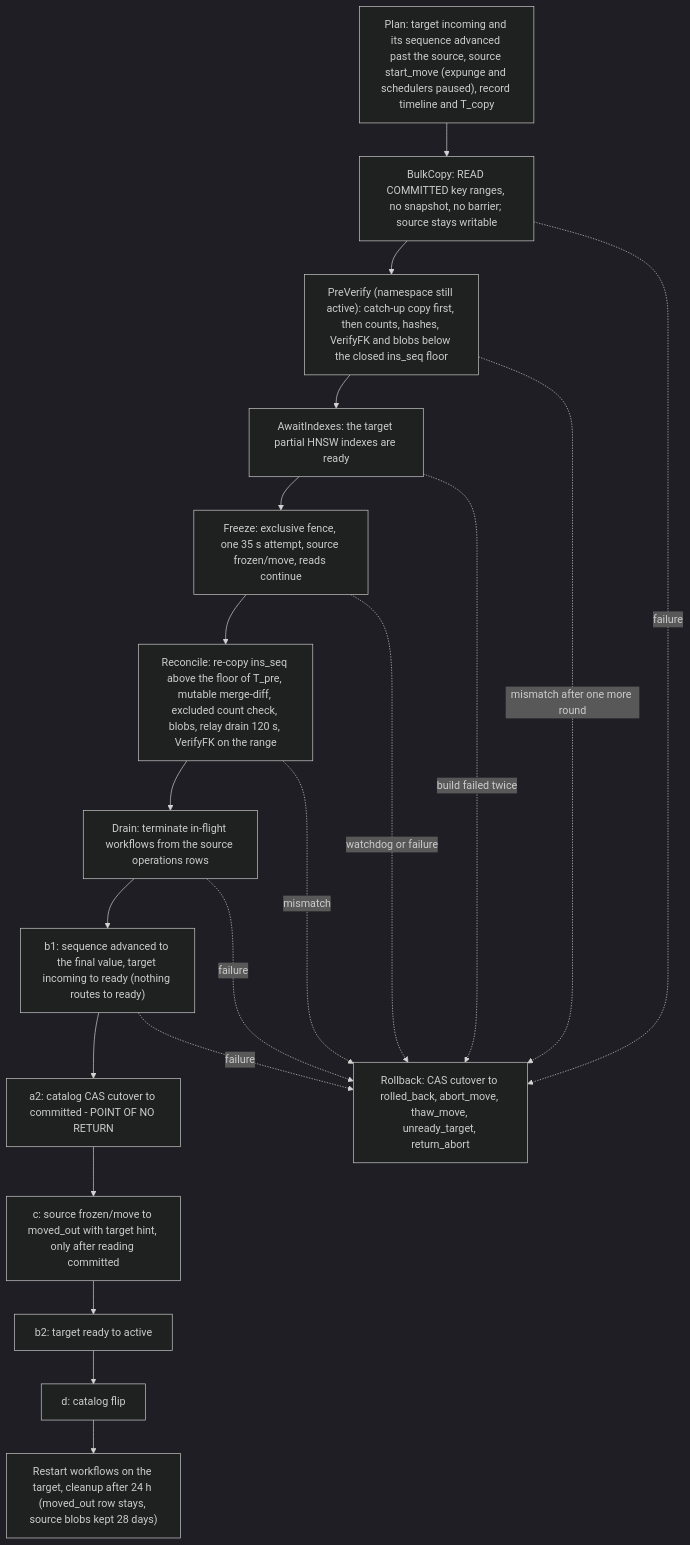
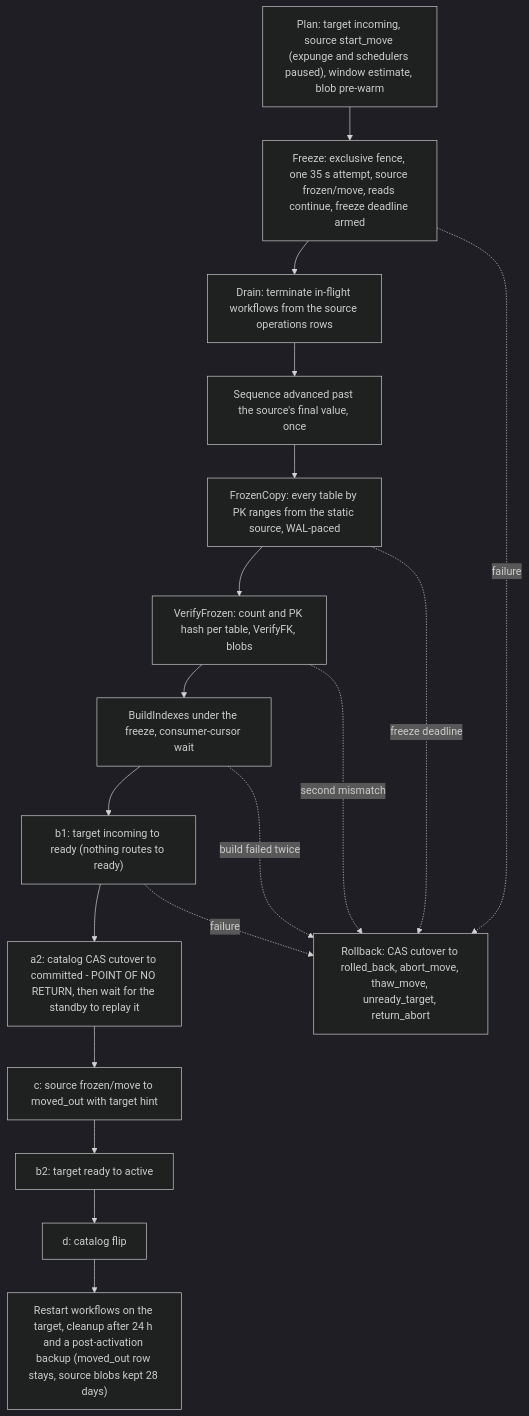
The sixth of 6 diagrams in plans/engram/sections/01-architecture.md (gstamatakis95/agent-memory-benchmark), drawn with Mermaid (dark theme) before and after one commit. The commit also changed other lines of this file and 17 other files, not shown here.

First line of the commit message:
WIP: D25 tests/ops/roadmap applied; register phase totals corrected

````diff
--- a/plans/engram/sections/01-architecture.md
+++ b/plans/engram/sections/01-architecture.md
@@ -590,25 +589,23 @@
 ```mermaid
 flowchart TB
-  P["Plan: target incoming and its sequence advanced past the source, source start_move (expunge and schedulers paused), record timeline and T_copy"]
-  B["BulkCopy: READ COMMITTED key ranges, no snapshot, no barrier; source stays writable"]
-  V["PreVerify (namespace still active): catch-up copy first, then counts, hashes, VerifyFK and blobs below the closed ins_seq floor"]
-  IX["AwaitIndexes: the target partial HNSW indexes are ready"]
-  F["Freeze: exclusive fence, one 35 s attempt, source frozen/move, reads continue"]
-  R["Reconcile: re-copy ins_seq above the floor of T_pre, mutable merge-diff, excluded count check, blobs, relay drain 120 s, VerifyFK on the range"]
+  P["Plan: target incoming, source start_move (expunge and schedulers paused), window estimate, blob pre-warm"]
+  F["Freeze: exclusive fence, one 35 s attempt, source frozen/move, reads continue, freeze deadline armed"]
   D["Drain: terminate in-flight workflows from the source operations rows"]
-  B1["b1: sequence advanced to the final value, target incoming to ready (nothing routes to ready)"]
-  A2["a2: catalog CAS cutover to committed - POINT OF NO RETURN"]
-  C["c: source frozen/move to moved_out with target hint, only after reading committed"]
+  S["Sequence advanced past the source's final value, once"]
+  C["FrozenCopy: every table by PK ranges from the static source, WAL-paced"]
+  V["VerifyFrozen: count and PK hash per table, VerifyFK, blobs"]
+  IX["BuildIndexes under the freeze, consumer-cursor wait"]
+  B1["b1: target incoming to ready (nothing routes to ready)"]
+  A2["a2: catalog CAS cutover to committed - POINT OF NO RETURN, then wait for the standby to replay it"]
+  CS["c: source frozen/move to moved_out with target hint"]
   B2["b2: target ready to active"]
   CD["d: catalog flip"]
-  RS["Restart workflows on the target, cleanup after 24 h (moved_out row stays, source blobs kept 28 days)"]
+  RS["Restart workflows on the target, cleanup after 24 h and a post-activation backup (moved_out row stays, source blobs kept 28 days)"]
   RB["Rollback: CAS cutover to rolled_back, abort_move, thaw_move, unready_target, return_abort"]
-  P --> B --> V --> IX --> F --> R --> D --> B1 --> A2 --> C --> B2 --> CD --> RS
-  B -.->|"failure"| RB
-    V -.->|"mismatch after one more round"| RB
+  P --> F --> D --> S --> C --> V --> IX --> B1 --> A2 --> CS --> B2 --> CD --> RS
+  F -.->|"failure"| RB
+  C -.->|"freeze deadline"| RB
+  V -.->|"second mismatch"| RB
   IX -.->|"build failed twice"| RB
-  F -.->|"watchdog or failure"| RB
-  R -.->|"mismatch"| RB
-  D -.->|"failure"| RB
   B1 -.->|"failure"| RB
 ```
````
